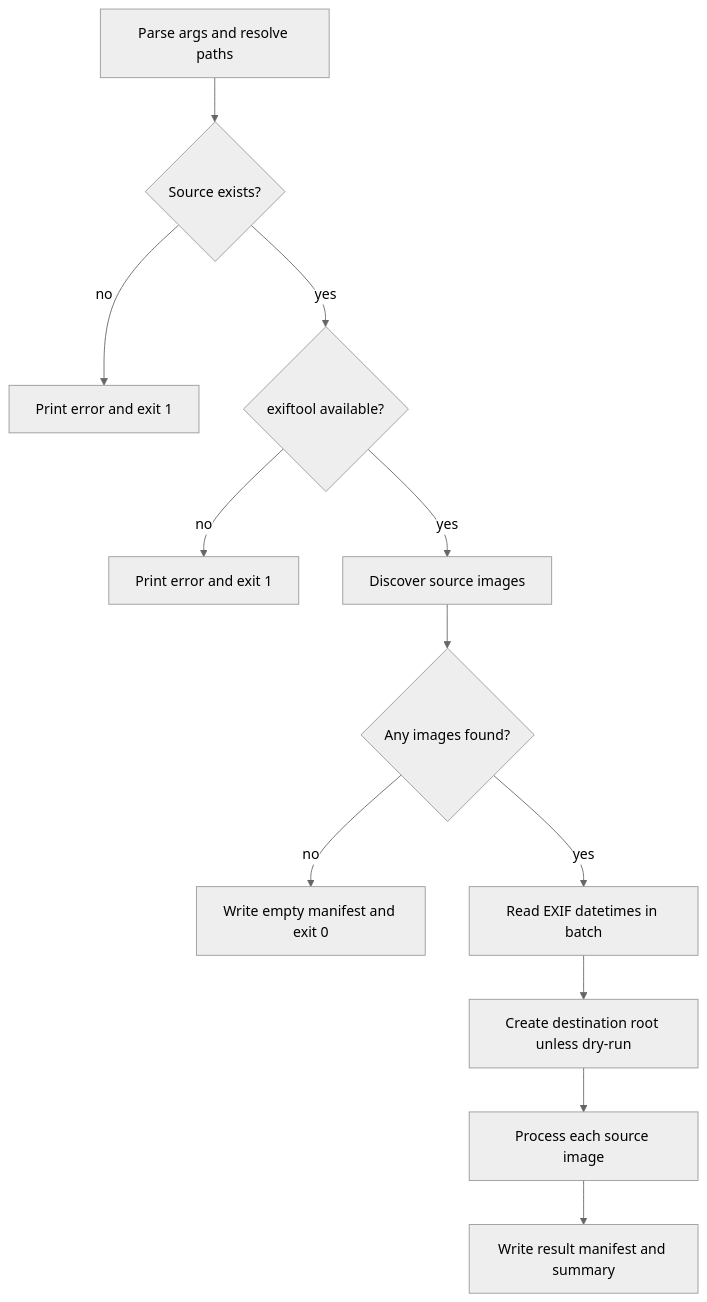
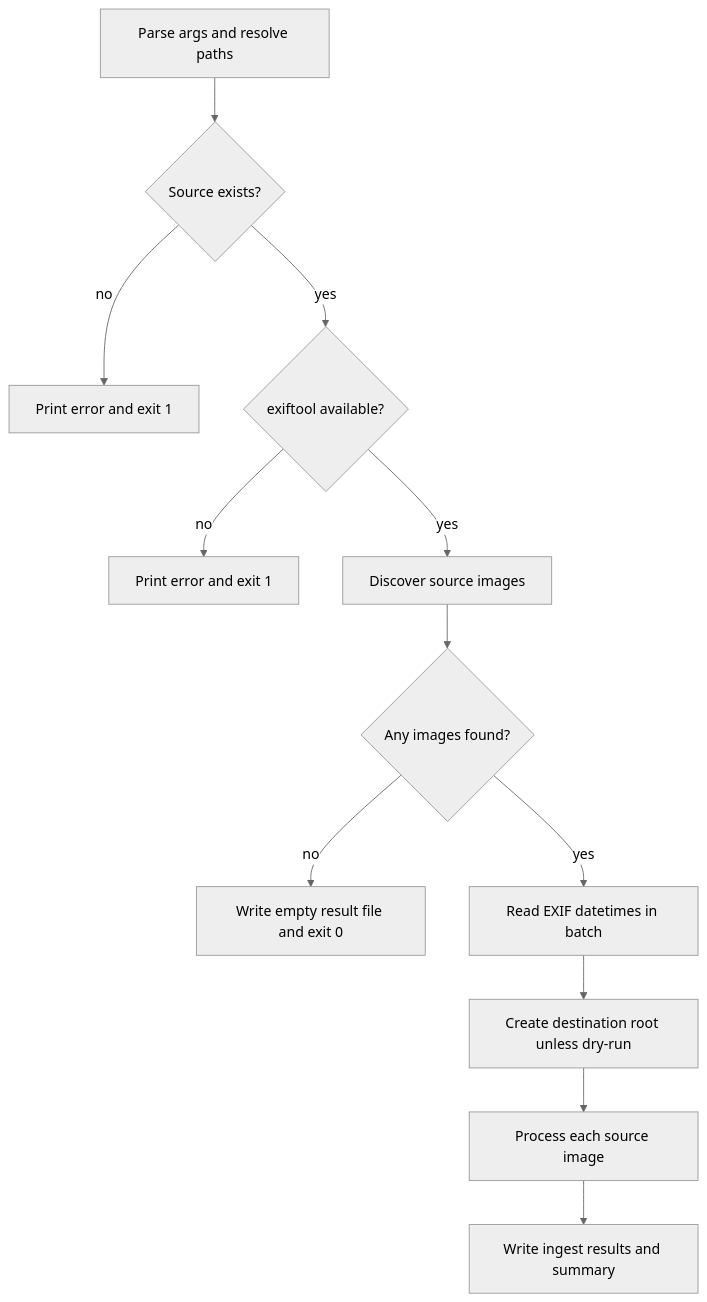
Before and after one commit to geokarak/georgios-karakostas.com: the diagram in docs/INGEST_PHOTOS_FLOW.md, drawn with Mermaid (neutral theme). The commit also changed other lines of this file and 15 other files, not shown here.

Commit message:
Simplify Dropbox sync state flow

````diff
--- a/docs/INGEST_PHOTOS_FLOW.md
+++ b/docs/INGEST_PHOTOS_FLOW.md
@@ -8,14 +8,14 @@
 ```mermaid
 flowchart TD
     A[Parse args and resolve paths] --> B{Source exists?}
     B -- no --> C[Print error and exit 1]
     B -- yes --> D{exiftool available?}
     D -- no --> E[Print error and exit 1]
     D -- yes --> F[Discover source images]
     F --> G{Any images found?}
-    G -- no --> H[Write empty manifest and exit 0]
+    G -- no --> H[Write empty result file and exit 0]
     G -- yes --> I[Read EXIF datetimes in batch]
     I --> J[Create destination root unless dry-run]
     J --> K[Process each source image]
-    K --> L[Write result manifest and summary]
+    K --> L[Write ingest results and summary]
 ```
````
